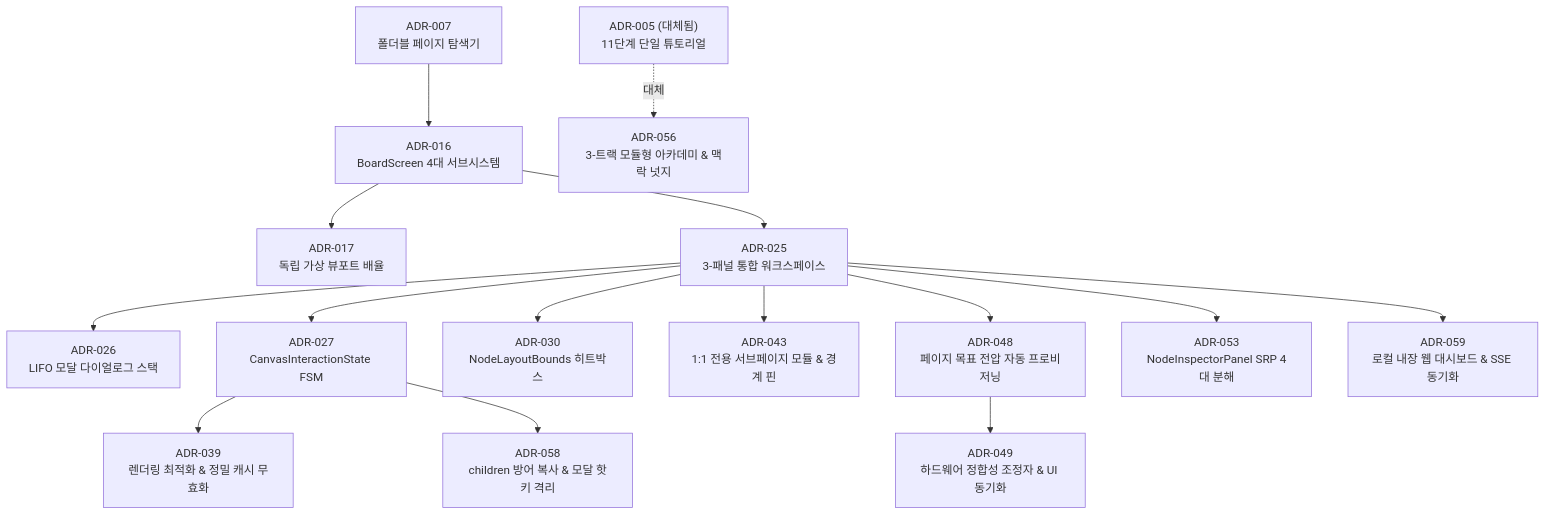
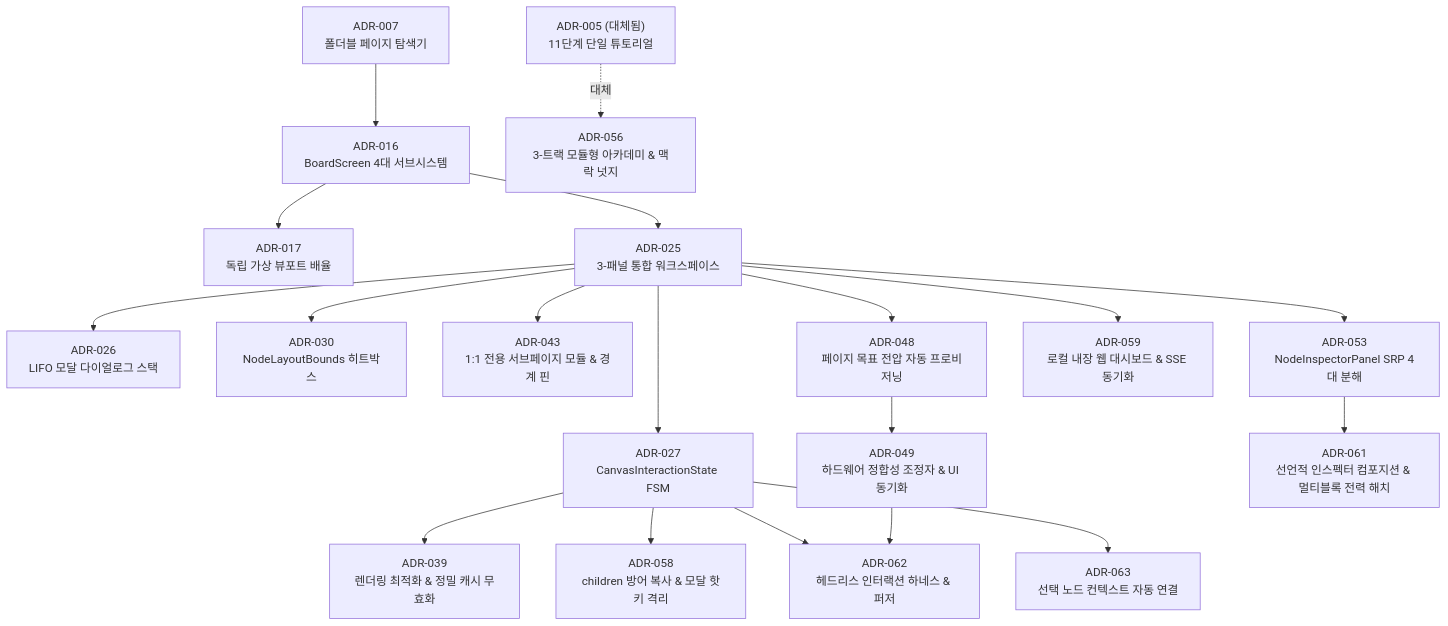
The third of 4 diagrams in docs/adr/README.md (Amvermain/GregTechCalculatorBoard), drawn with Mermaid before and after one commit. The commit also changed other lines of this file and 212 other files, not shown here.

````diff
--- a/docs/adr/README.md
+++ b/docs/adr/README.md
@@ -60,17 +61,21 @@
 ```mermaid
 flowchart TD
     ADR007["ADR-007<br/>폴더블 페이지 탐색기"] --> ADR016["ADR-016<br/>BoardScreen 4대 서브시스템"]
     ADR016 --> ADR017["ADR-017<br/>독립 가상 뷰포트 배율"]
     ADR016 --> ADR025["ADR-025<br/>3-패널 통합 워크스페이스"]
     ADR025 --> ADR026["ADR-026<br/>LIFO 모달 다이얼로그 스택"]
     ADR025 --> ADR027["ADR-027<br/>CanvasInteractionState FSM"]
     ADR025 --> ADR030["ADR-030<br/>NodeLayoutBounds 히트박스"]
     ADR027 --> ADR039["ADR-039<br/>렌더링 최적화 & 정밀 캐시 무효화"]
     ADR025 --> ADR043["ADR-043<br/>1:1 전용 서브페이지 모듈 & 경계 핀"]
     ADR025 --> ADR048["ADR-048<br/>페이지 목표 전압 자동 프로비저닝"]
     ADR048 --> ADR049["ADR-049<br/>하드웨어 정합성 조정자 & UI 동기화"]
     ADR025 --> ADR053["ADR-053<br/>NodeInspectorPanel SRP 4대 분해"]
+    ADR053 --> ADR061["ADR-061<br/>선언적 인스펙터 컴포지션 & 멀티블록 전력 해치"]
     ADR005["ADR-005 (대체됨)<br/>11단계 단일 튜토리얼"] -.->|대체| ADR056["ADR-056<br/>3-트랙 모듈형 아카데미 & 맥락 넛지"]
     ADR027 --> ADR058["ADR-058<br/>children 방어 복사 & 모달 핫키 격리"]
     ADR025 --> ADR059["ADR-059<br/>로컬 내장 웹 대시보드 & SSE 동기화"]
+    ADR027 --> ADR062["ADR-062<br/>헤드리스 인터랙션 하네스 & 퍼저"]
+    ADR049 --> ADR062
+    ADR027 --> ADR063["ADR-063<br/>선택 노드 컨텍스트 자동 연결"]
 ```
````
